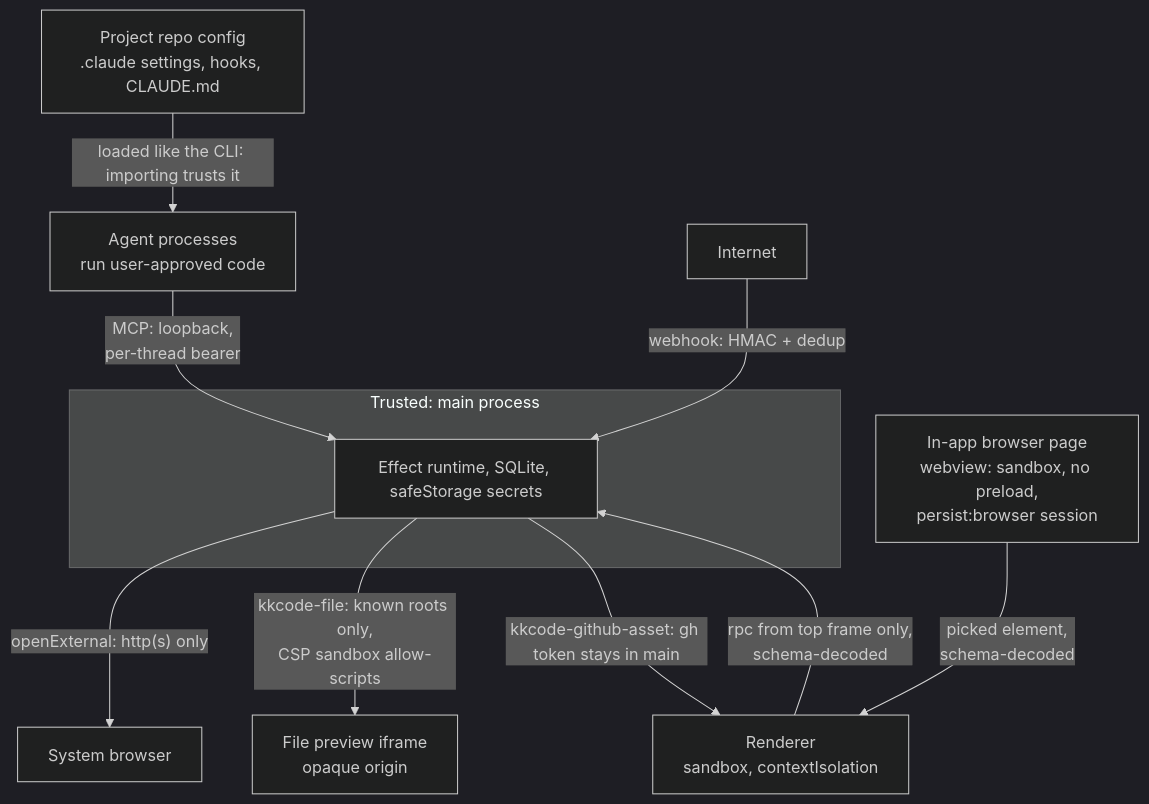
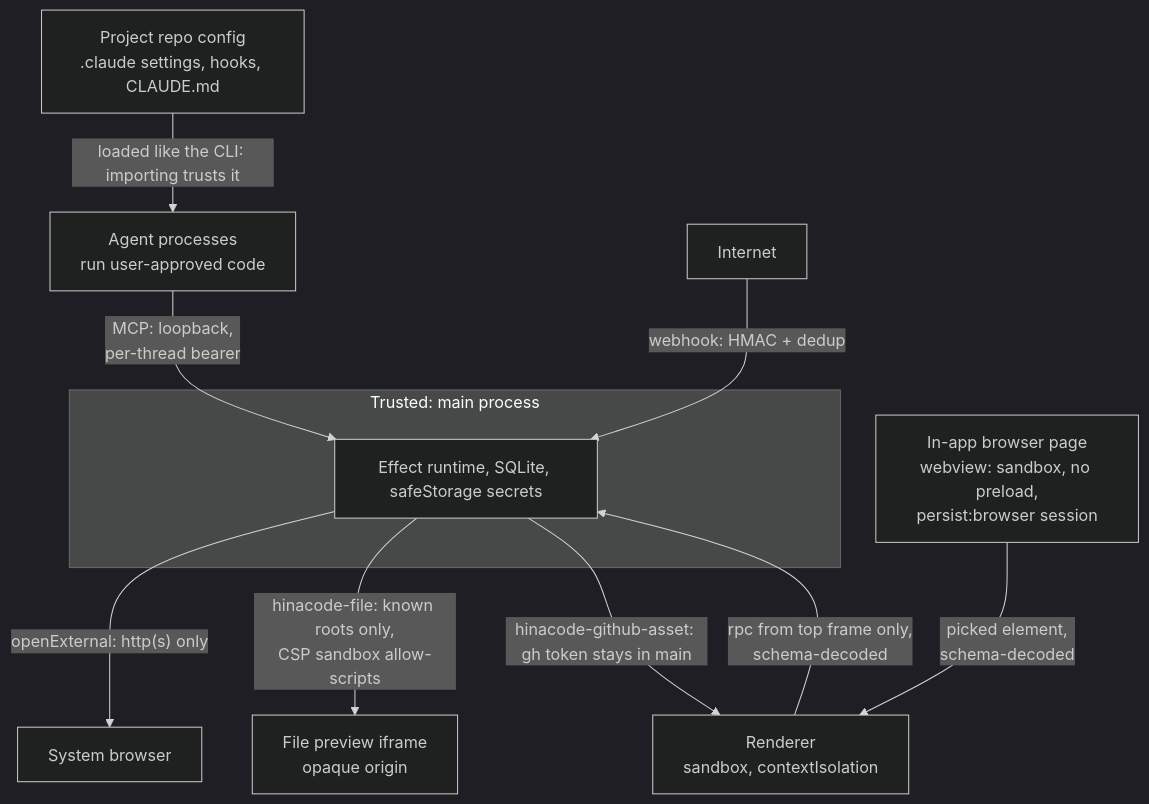
One commit to hinadev-ai/hinacode changed diagram 17 of 17 in docs/arch.md. Above: the diagram before and after it, drawn with Mermaid (dark theme). The commit also changed other lines of this file and 238 other files, not shown here.

````diff
--- a/docs/arch.md
+++ b/docs/arch.md
@@ -536,14 +536,14 @@
 ```mermaid
 flowchart TB
   subgraph trusted["Trusted: main process"]
     main["Effect runtime, SQLite, safeStorage secrets"]
   end
   renderer["Renderer<br/>sandbox, contextIsolation"] -- "rpc from top frame only,<br/>schema-decoded" --> main
   agents["Agent processes<br/>run user-approved code"] -- "MCP: loopback,<br/>per-thread bearer" --> main
   net["Internet"] -- "webhook: HMAC + dedup" --> main
   main -- "openExternal: http(s) only" --> browser["System browser"]
   page["In-app browser page<br/>webview: sandbox, no preload,<br/>persist:browser session"] -- "picked element,<br/>schema-decoded" --> renderer
   repo["Project repo config<br/>.claude settings, hooks, CLAUDE.md"] -- "loaded like the CLI: importing trusts it" --> agents
-  main -- "kkcode-file: known roots only,<br/>CSP sandbox allow-scripts" --> preview["File preview iframe<br/>opaque origin"]
-  main -- "kkcode-github-asset: gh token stays in main" --> renderer
+  main -- "hinacode-file: known roots only,<br/>CSP sandbox allow-scripts" --> preview["File preview iframe<br/>opaque origin"]
+  main -- "hinacode-github-asset: gh token stays in main" --> renderer
 ```
````
